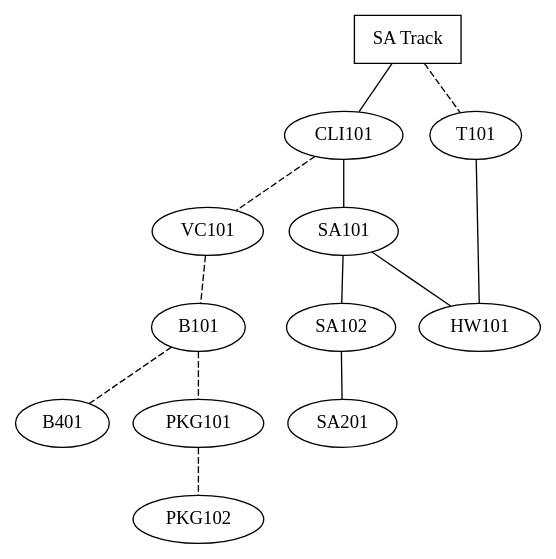
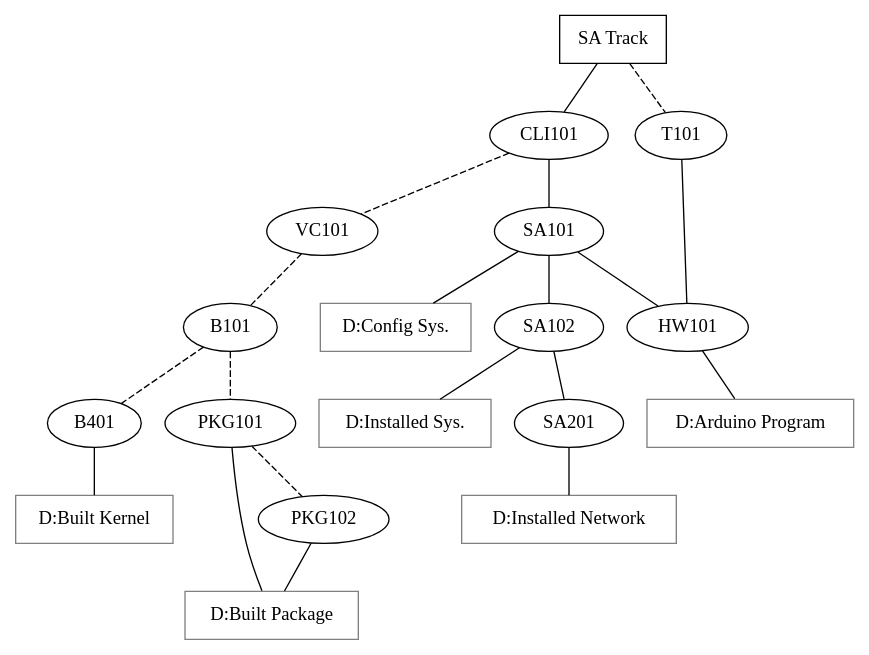
Before and after one commit to open-it-lab/ol-curriculum: the diagram in sa-track.dot, drawn with Graphviz.

Commit message:
system admin track deliverables

```diff
--- a/sa-track.dot
+++ b/sa-track.dot
@@ -1,17 +1,32 @@
 graph g {
 	# nodes.doth
+
+	deliver1 [label="D:Built Package",shape="rectangle",color="gray"];
+	deliver2 [label="D:Arduino Program",shape="rectangle",color="gray"];
+	deliver3 [label="D:Config Sys.",shape="rectangle",color="gray"];
+	deliver4 [label="D:Installed Sys.",shape="rectangle",color="gray"];
+	deliver5 [label="D:Installed Network",shape="rectangle",color="gray"];
+	deliver6 [label="D:Built Kernel",shape="rectangle",color="gray"];
 	
 	g [label="SA Track", shape="rectangle"];
 	g -- CLI101;
 	g -- T101 [style="dashed"];
 	CLI101 -- VC101 [style="dashed"];
 	CLI101 -- SA101;
 	SA101 -- SA102;
 	SA102 -- SA201;
 	VC101 -- B101 [style="dashed"];
 	B101 -- B401 [style="dashed"];
 	B101 -- PKG101 [style="dashed"];
 	PKG101 -- PKG102 [style="dashed"];
 	SA101 -- HW101;
 	T101 -- HW101;
+
+	PKG101 -- deliver1;
+	PKG102 -- deliver1;
+	HW101 -- deliver2;
+	SA101 -- deliver3;
+	SA102 -- deliver4;
+	SA201 -- deliver5;
+	B401 -- deliver6;
 }
```
